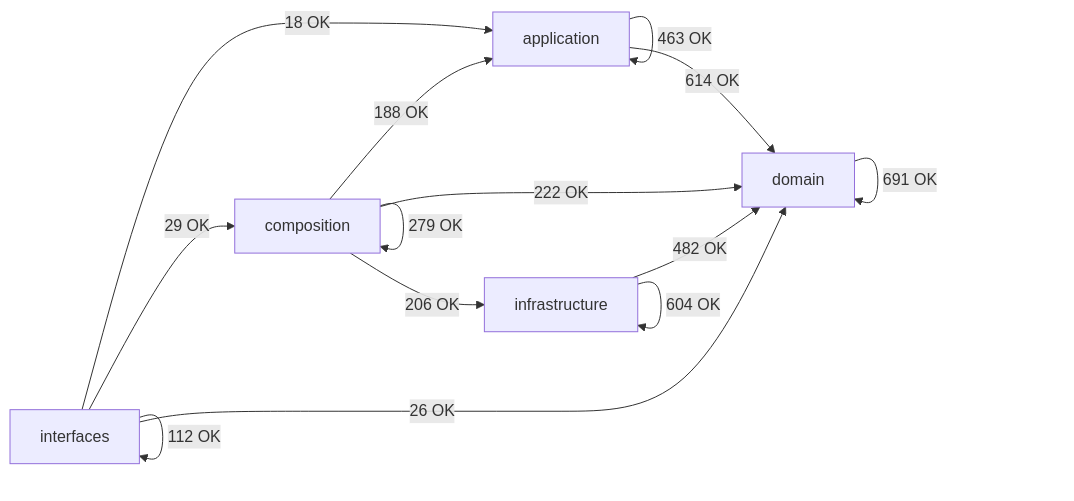
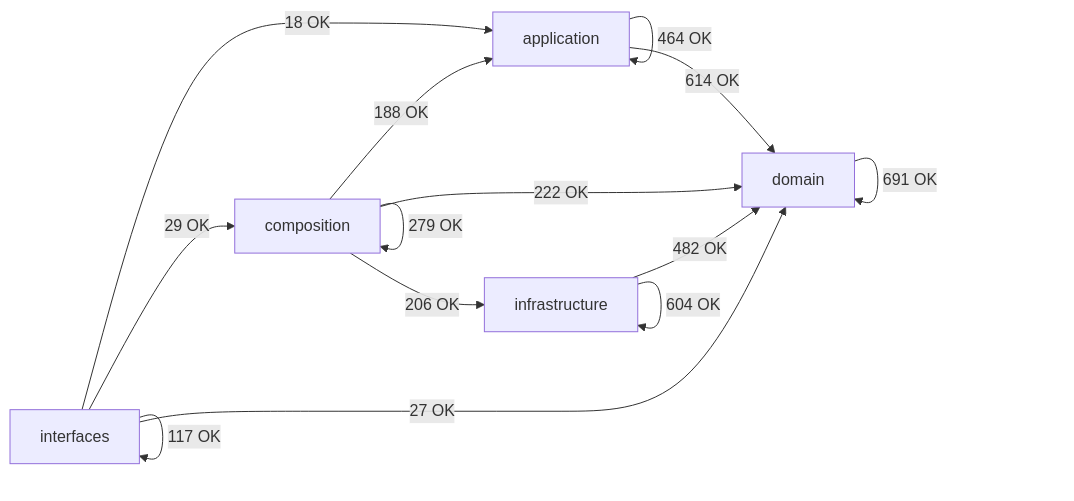
Before and after one commit to SatoryKono/BioactivityDataAcquisition: the diagram in docs/02-architecture/generated/module-dependency-map.md, drawn with Mermaid. The commit also changed other lines of this file and 30 other files, not shown here.

````diff
--- a/docs/02-architecture/generated/module-dependency-map.md
+++ b/docs/02-architecture/generated/module-dependency-map.md
@@ -16,21 +16,21 @@
 ```mermaid
 flowchart LR
     domain[domain]
     application[application]
     infrastructure[infrastructure]
     composition[composition]
     interfaces[interfaces]
-    application -->|463 OK| application
+    application -->|464 OK| application
     application -->|614 OK| domain
     composition -->|188 OK| application
     composition -->|279 OK| composition
     composition -->|222 OK| domain
     composition -->|206 OK| infrastructure
     domain -->|691 OK| domain
     infrastructure -->|482 OK| domain
     infrastructure -->|604 OK| infrastructure
     interfaces -->|18 OK| application
     interfaces -->|29 OK| composition
-    interfaces -->|26 OK| domain
-    interfaces -->|112 OK| interfaces
+    interfaces -->|27 OK| domain
+    interfaces -->|117 OK| interfaces
 ```
````
